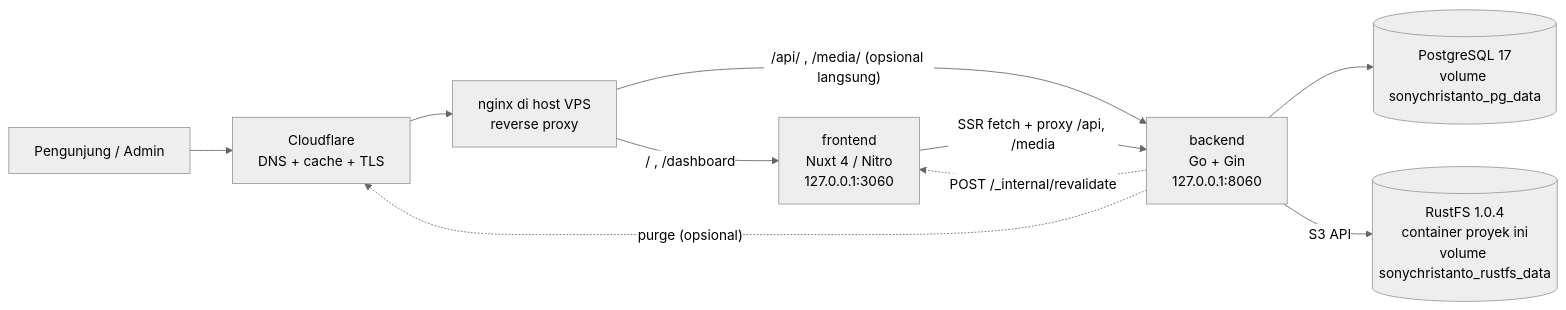
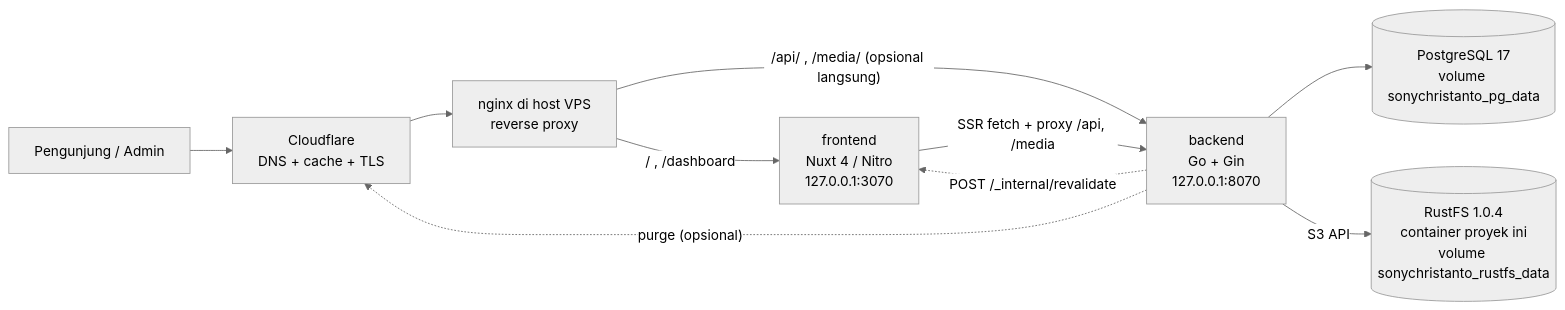
One commit to Bidtech-Solutions/sonychristanto changed the first of 4 diagrams in docs/architecture.md. Above: the diagram before and after it, drawn with Mermaid (neutral theme). The commit also changed other lines of this file and 130 other files, not shown here.

````diff
--- a/docs/architecture.md
+++ b/docs/architecture.md
@@ -5,12 +5,12 @@
 ```mermaid
 flowchart LR
     U[Pengunjung / Admin] --> CF[Cloudflare<br/>DNS + cache + TLS]
     CF --> NX[nginx di host VPS<br/>reverse proxy]
-    NX -->|"/ , /dashboard"| FE[frontend<br/>Nuxt 4 / Nitro<br/>127.0.0.1:3060]
-    NX -->|"/api/ , /media/ (opsional langsung)"| BE[backend<br/>Go + Gin<br/>127.0.0.1:8060]
+    NX -->|"/ , /dashboard"| FE[frontend<br/>Nuxt 4 / Nitro<br/>127.0.0.1:3070]
+    NX -->|"/api/ , /media/ (opsional langsung)"| BE[backend<br/>Go + Gin<br/>127.0.0.1:8070]
     FE -->|"SSR fetch + proxy /api, /media"| BE
     BE --> PG[(PostgreSQL 17<br/>volume sonychristanto_pg_data)]
     BE -->|S3 API| RF[(RustFS 1.0.4<br/>container proyek ini<br/>volume sonychristanto_rustfs_data)]
     BE -.->|"POST /_internal/revalidate"| FE
     BE -.->|"purge (opsional)"| CF
 ```
````
